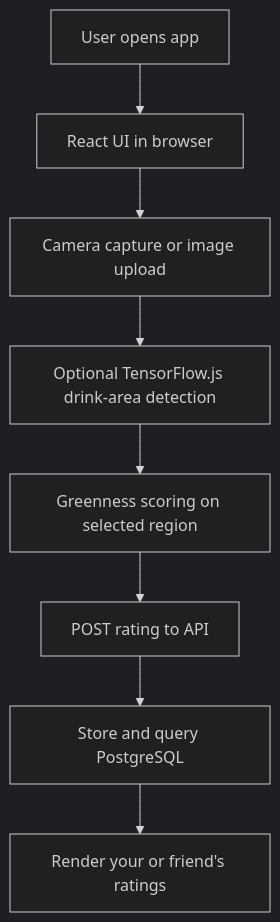
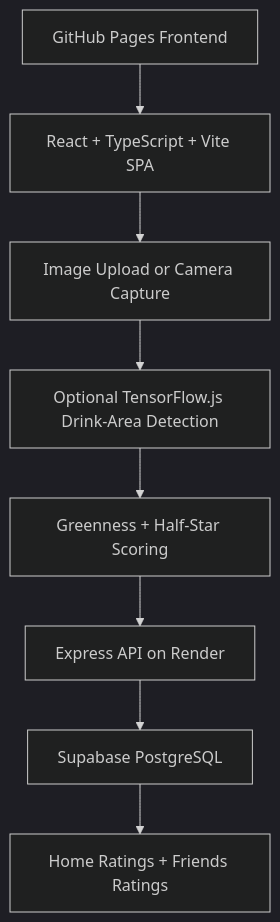
One commit to allyyim/matchaRatings changed the diagram in README.md. Above: the diagram before and after it, drawn with Mermaid (dark theme). The commit also changed other lines of this file, not shown here.

````diff
--- a/README.md
+++ b/README.md
@@ -9,10 +9,19 @@
 ```mermaid
 flowchart TD
-   A[User opens app] --> B[React UI in browser]
-   B --> C[Camera capture or image upload]
-   C --> D[Optional TensorFlow.js drink-area detection]
-   D --> E[Greenness scoring on selected region]
-   E --> F[POST rating to API]
-   F --> G[Store and query PostgreSQL]
-   G --> H[Render your or friend's ratings]
+   A[GitHub Pages Frontend]
+   B[React + TypeScript + Vite SPA]
+   C[Image Upload or Camera Capture]
+   D[Optional TensorFlow.js Drink-Area Detection]
+   E[Greenness + Half-Star Scoring]
+   F[Express API on Render]
+   G[Supabase PostgreSQL]
+   H[Home Ratings + Friends Ratings]
+
+   A --> B
+   B --> C
+   C --> D
+   D --> E
+   E --> F
+   F --> G
+   G --> H
 ```
````
